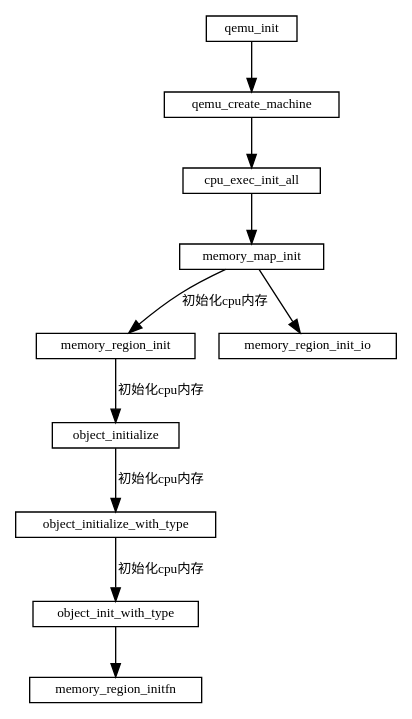
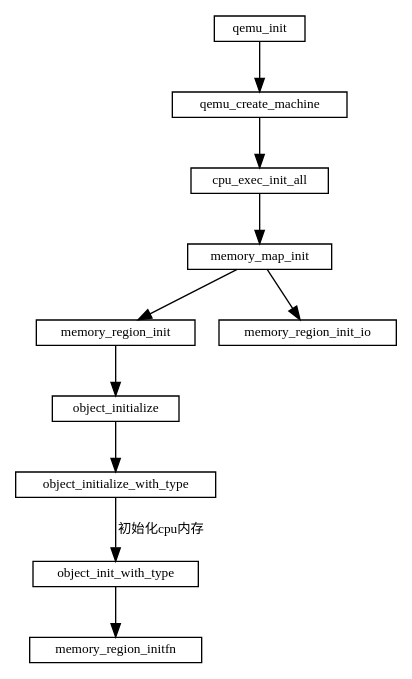
Before and after one commit to sisyphus1212/note: the diagram in qemu/qemu-kvm内存虚拟化.md, drawn with Graphviz.

Commit message:
auto_update

````diff
--- a/qemu/qemu-kvm内存虚拟化.md
+++ b/qemu/qemu-kvm内存虚拟化.md
@@ -10,22 +10,23 @@
 ```graphviz
 digraph {
     fontname="Helvetica,Arial,sans-serif"
     //node [fontname="Helvetica,Arial,sans-serif"]
     //edge [fontname="Helvetica,Arial,sans-serif"]
     //rankdir="LR"
     node [fontsize=10, shape=record, height=0.25]
     edge [fontsize=10]
     qemu_init -> qemu_create_machine
               -> cpu_exec_init_all
               -> memory_map_init
               memory_map_init
                 -> memory_region_init
                 -> object_initialize
                 -> object_initialize_with_type
+                object_initialize_with_type
                 -> object_init_with_type[label="初始化cpu内存"]
                 object_init_with_type
                 -> memory_region_initfn
               memory_map_init
                 -> memory_region_init_io
 }
 ```
````
